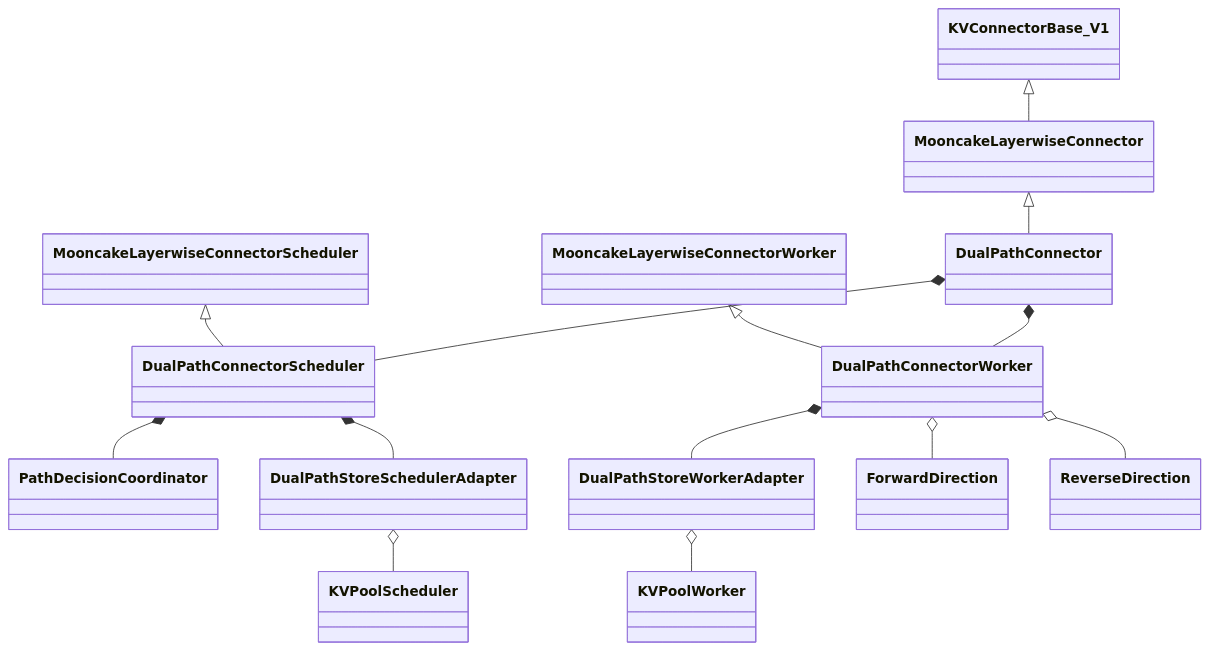
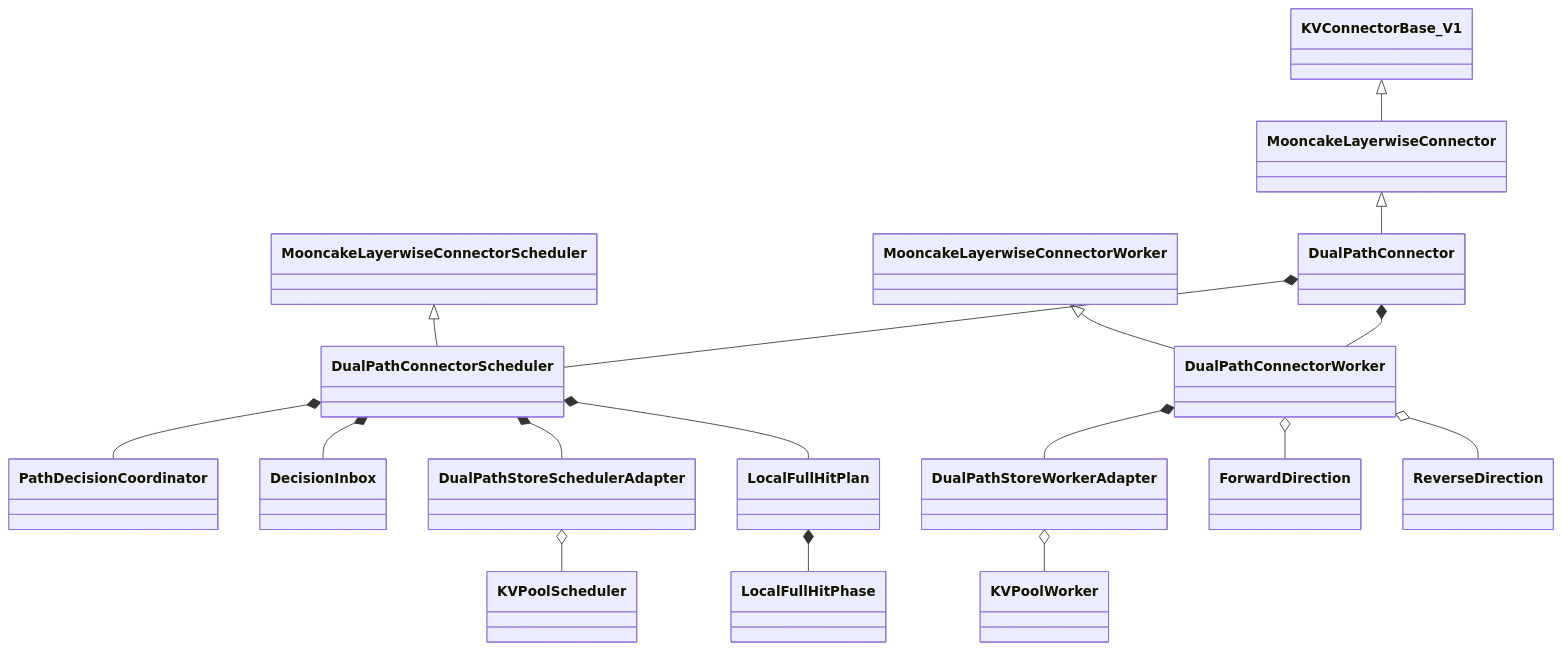
The fourth of 7 diagrams in docs/superpowers/specs/2026-07-23-dual-path-connector-stage1-option-a-detailed-design.md (mazifan0120/vllm-ascend), drawn with Mermaid before and after one commit. The commit also changed other lines of this file and 1 other file, not shown here.

First line of the commit message:
docs: clarify DE_LOCAL_FULL_HIT admission in DualPath Option A design

````diff
--- a/docs/superpowers/specs/2026-07-23-dual-path-connector-stage1-option-a-detailed-design.md
+++ b/docs/superpowers/specs/2026-07-23-dual-path-connector-stage1-option-a-detailed-design.md
@@ -554,31 +873,37 @@
 ```mermaid
 classDiagram
     class KVConnectorBase_V1
     class MooncakeLayerwiseConnector
     class MooncakeLayerwiseConnectorScheduler
     class MooncakeLayerwiseConnectorWorker
     class DualPathConnector
     class DualPathConnectorScheduler
     class DualPathConnectorWorker
     class PathDecisionCoordinator
+    class DecisionInbox
+    class LocalFullHitPlan
+    class LocalFullHitPhase
     class DualPathStoreSchedulerAdapter
     class DualPathStoreWorkerAdapter
     class ForwardDirection
     class ReverseDirection
     class KVPoolScheduler
     class KVPoolWorker
 
     KVConnectorBase_V1 <|-- MooncakeLayerwiseConnector
     MooncakeLayerwiseConnector <|-- DualPathConnector
     MooncakeLayerwiseConnectorScheduler <|-- DualPathConnectorScheduler
     MooncakeLayerwiseConnectorWorker <|-- DualPathConnectorWorker
     DualPathConnector *-- DualPathConnectorScheduler
     DualPathConnector *-- DualPathConnectorWorker
     DualPathConnectorScheduler *-- PathDecisionCoordinator
+    DualPathConnectorScheduler *-- DecisionInbox
     DualPathConnectorScheduler *-- DualPathStoreSchedulerAdapter
     DualPathConnectorWorker *-- DualPathStoreWorkerAdapter
+    DualPathConnectorScheduler *-- LocalFullHitPlan
+    LocalFullHitPlan *-- LocalFullHitPhase
     DualPathConnectorWorker o-- ForwardDirection
     DualPathConnectorWorker o-- ReverseDirection
     DualPathStoreSchedulerAdapter o-- KVPoolScheduler
     DualPathStoreWorkerAdapter o-- KVPoolWorker
 ```
````
